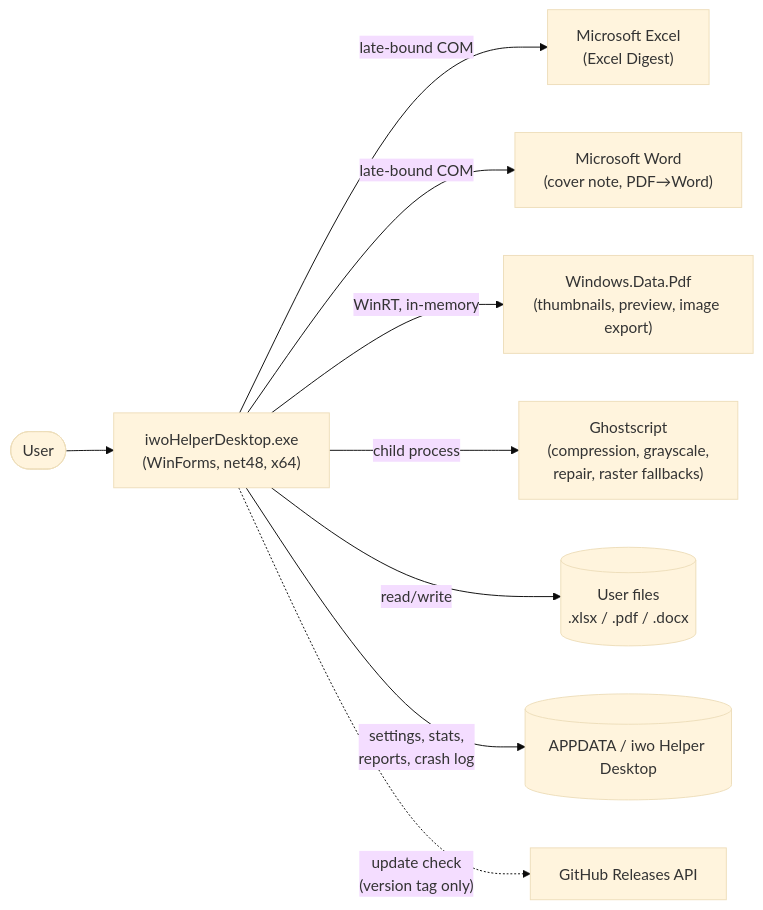
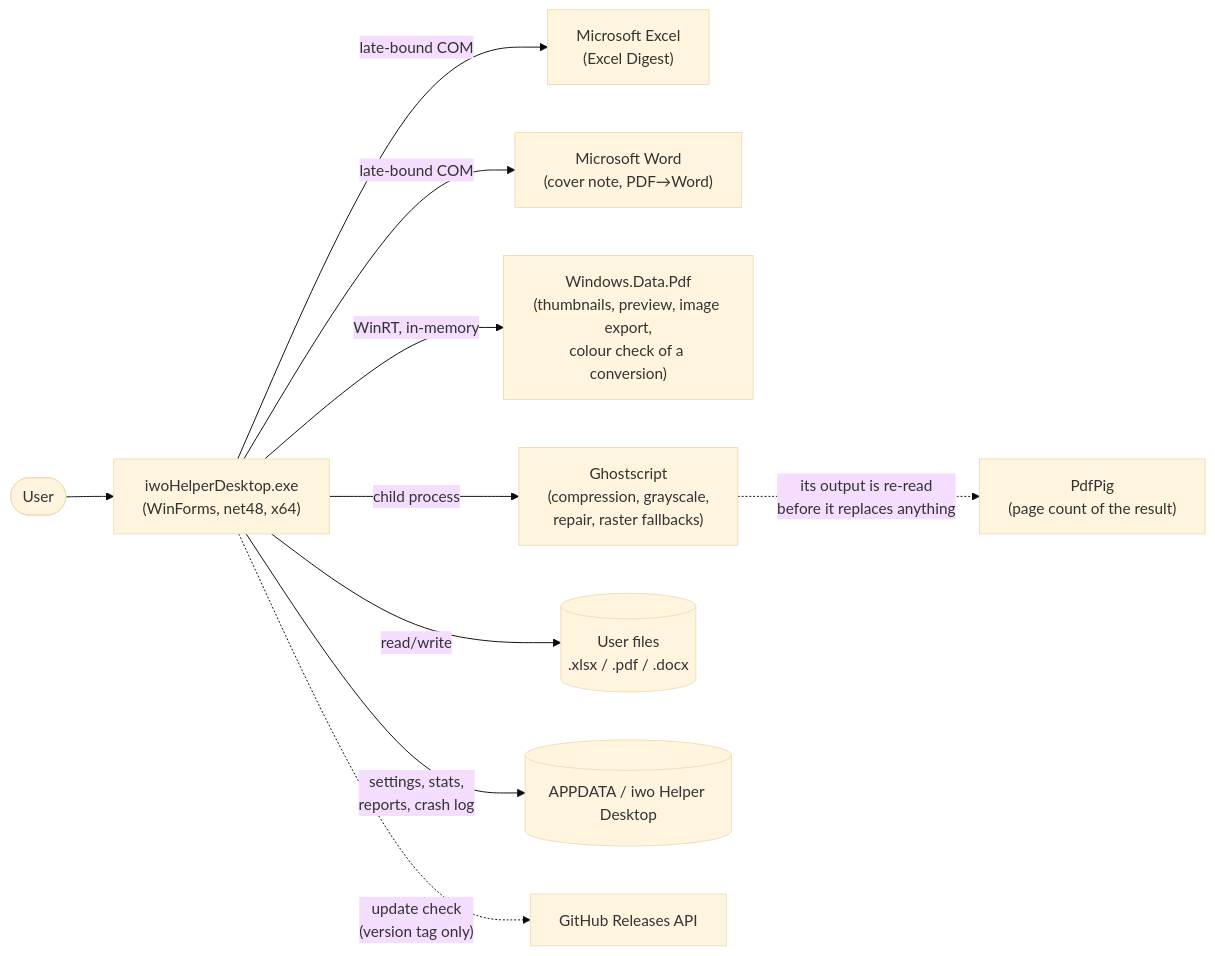
The first of 5 diagrams in docs/ARCHITECTURE.md (DedovMosol/iwoHelperDesktop), drawn with Mermaid (base theme) before and after one commit. The commit also changed other lines of this file and 8 other files, not shown here.

````diff
--- a/docs/ARCHITECTURE.md
+++ b/docs/ARCHITECTURE.md
@@ -73,11 +73,12 @@
 ```mermaid
 flowchart LR
     U(["User"]) --> APP["iwoHelperDesktop.exe<br>(WinForms, net48, x64)"]
     APP -->|"late-bound COM"| XL["Microsoft Excel<br>(Excel Digest)"]
     APP -->|"late-bound COM"| WD["Microsoft Word<br>(cover note, PDF→Word)"]
-    APP -->|"WinRT, in-memory"| RT["Windows.Data.Pdf<br>(thumbnails, preview, image export)"]
+    APP -->|"WinRT, in-memory"| RT["Windows.Data.Pdf<br>(thumbnails, preview, image export,<br>colour check of a conversion)"]
     APP -->|"child process"| GS["Ghostscript<br>(compression, grayscale,<br>repair, raster fallbacks)"]
+    GS -.->|"its output is re-read<br>before it replaces anything"| PIG["PdfPig<br>(page count of the result)"]
     APP -->|"read/write"| FS[("User files<br>.xlsx / .pdf / .docx")]
     APP -->|"settings, stats,<br>reports, crash log"| AD[("APPDATA / iwo Helper Desktop")]
     APP -.->|"update check<br>(version tag only)"| GH["GitHub Releases API"]
 ```
````
